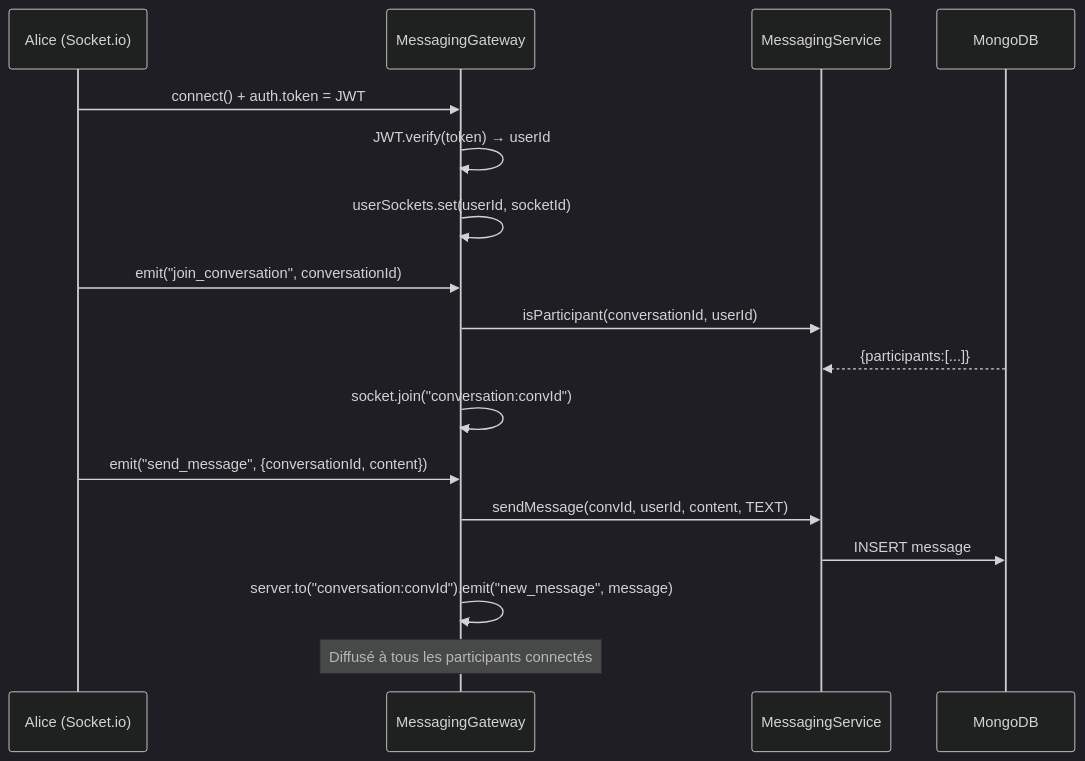
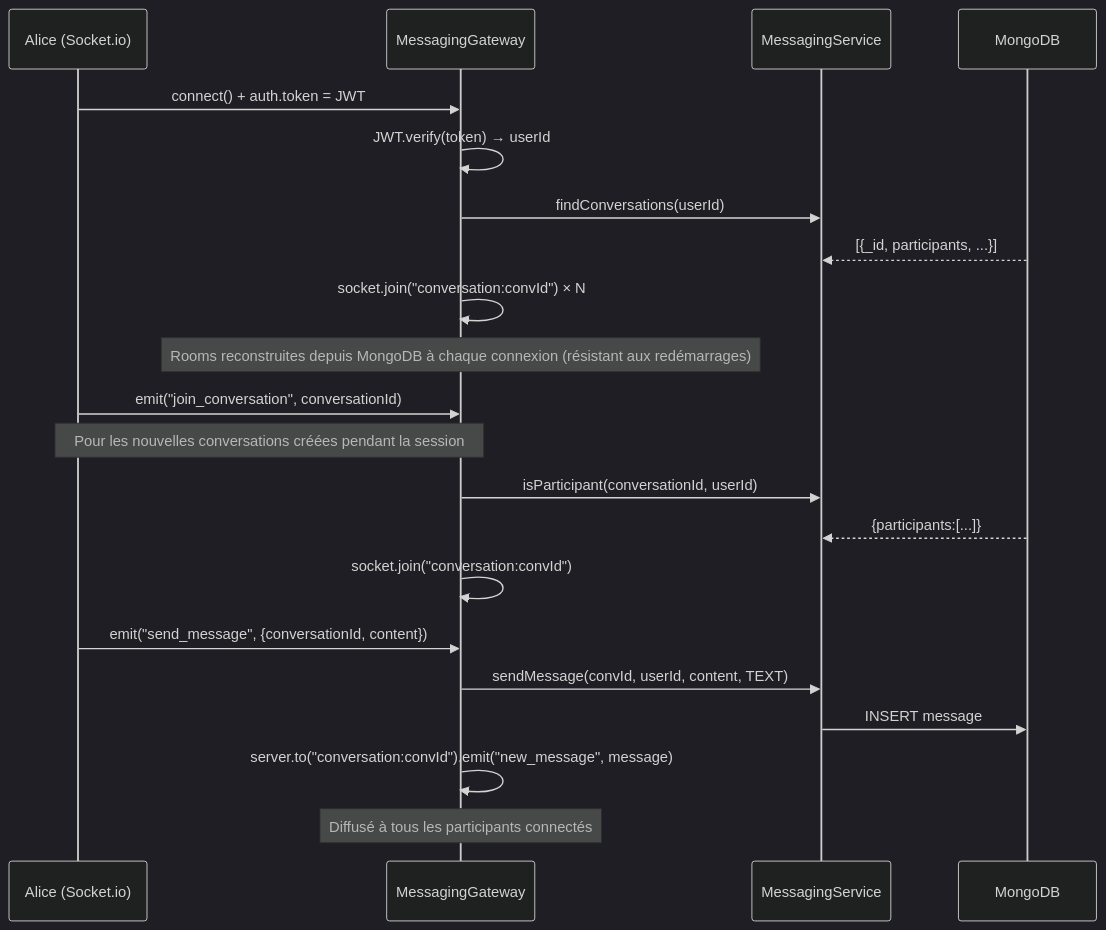
The tenth of 16 diagrams in docs/ARCHITECTURE.md (creibaud/QuartierConnect), drawn with Mermaid (dark theme) before and after one commit. The commit also changed 1 other file, not shown here.

Commit message:
docs: update QA report with revised test counts and results and new Architecture

````diff
--- a/docs/ARCHITECTURE.md
+++ b/docs/ARCHITECTURE.md
@@ -377,22 +377,26 @@
 ```mermaid
 sequenceDiagram
     participant A as Alice (Socket.io)
     participant GW as MessagingGateway
     participant SVC as MessagingService
     participant Mongo as MongoDB
 
     A->>GW: connect() + auth.token = JWT
     GW->>GW: JWT.verify(token) → userId
-    GW->>GW: userSockets.set(userId, socketId)
+    GW->>SVC: findConversations(userId)
+    Mongo-->>SVC: [{_id, participants, ...}]
+    GW->>GW: socket.join("conversation:convId") × N
+    Note over GW: Rooms reconstruites depuis MongoDB à chaque connexion (résistant aux redémarrages)
 
     A->>GW: emit("join_conversation", conversationId)
+    Note over A,GW: Pour les nouvelles conversations créées pendant la session
     GW->>SVC: isParticipant(conversationId, userId)
     Mongo-->>SVC: {participants:[...]}
     GW->>GW: socket.join("conversation:convId")
 
     A->>GW: emit("send_message", {conversationId, content})
     GW->>SVC: sendMessage(convId, userId, content, TEXT)
     SVC->>Mongo: INSERT message
     GW->>GW: server.to("conversation:convId").emit("new_message", message)
     Note over GW: Diffusé à tous les participants connectés
 ```
````
